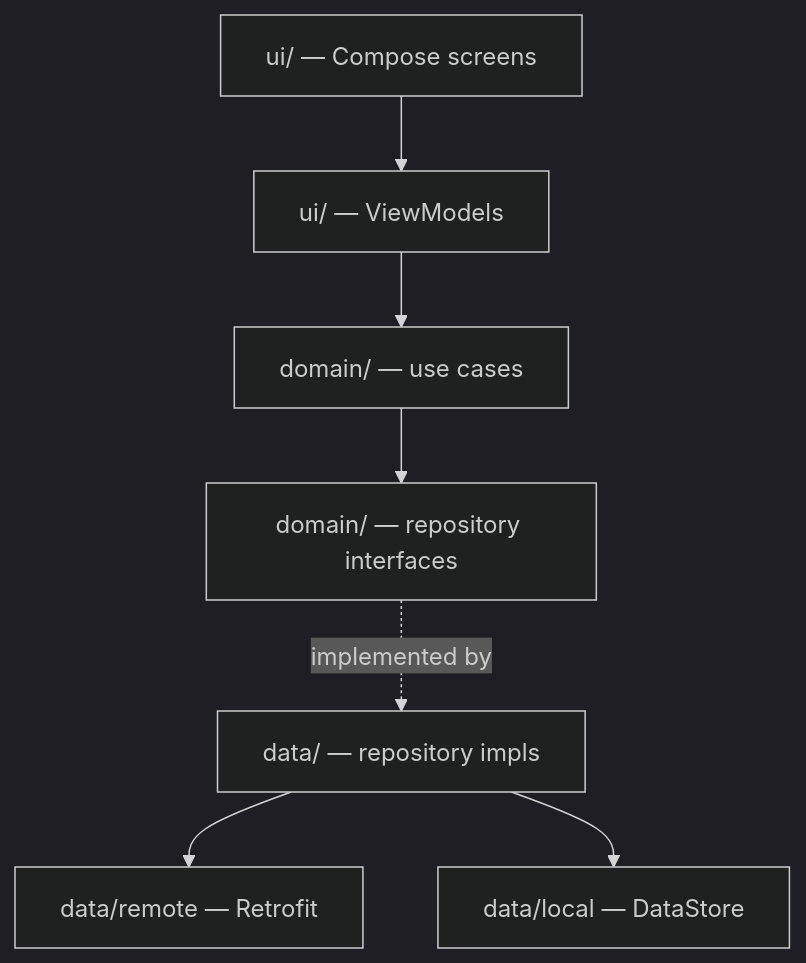
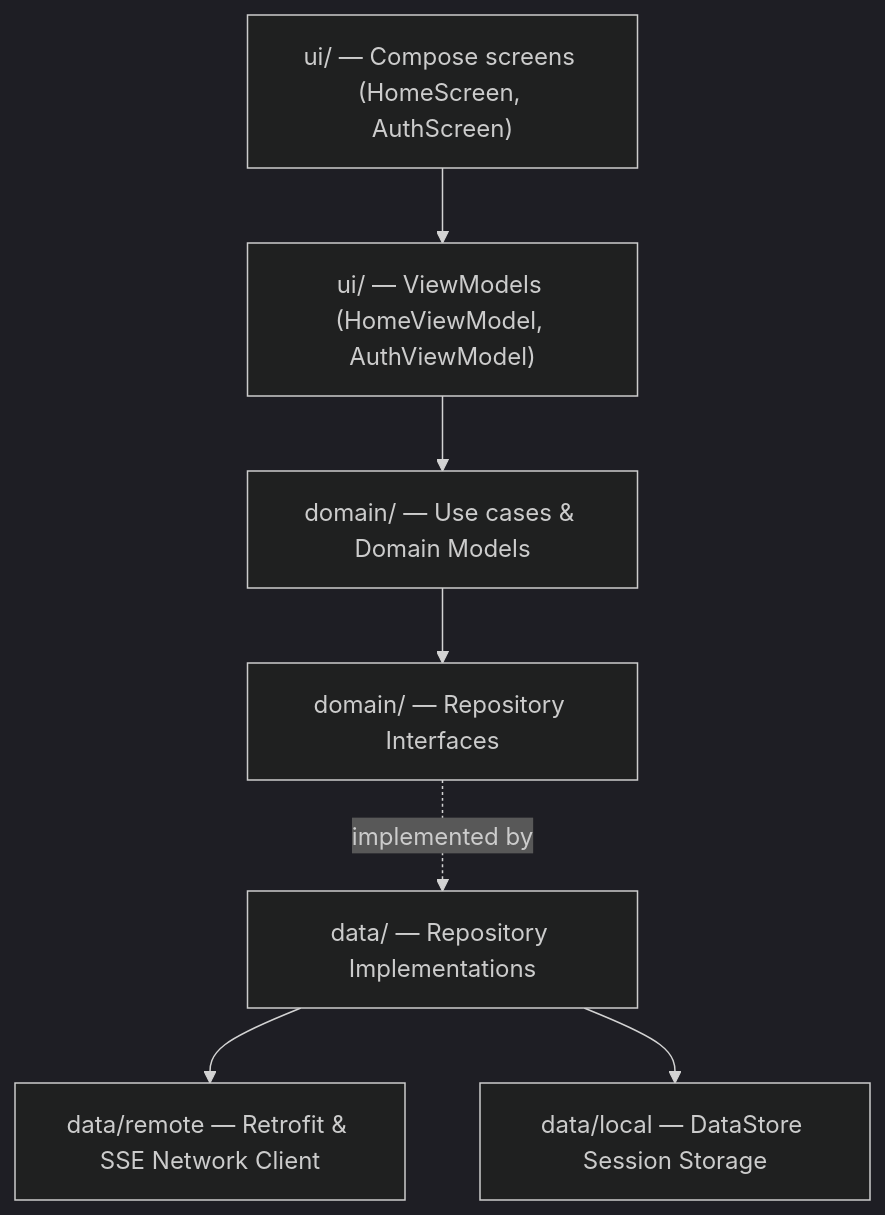
The second of 2 diagrams in docs/ARCHITECTURE.md (S0ra1n0/Cretona), drawn with Mermaid (dark theme) before and after one commit. The commit also changed other lines of this file and 10 other files, not shown here.

Commit message:
docs: consolidate redundant drafts and synchronize docs with current architecture

````diff
--- a/docs/ARCHITECTURE.md
+++ b/docs/ARCHITECTURE.md
@@ -75,9 +87,9 @@
 ```mermaid
 flowchart TD
-    UI["ui/ — Compose screens"] --> VM["ui/ — ViewModels"]
-    VM --> UC["domain/ — use cases"]
-    UC --> R["domain/ — repository interfaces"]
-    R -.implemented by.-> RI["data/ — repository impls"]
-    RI --> RS["data/remote — Retrofit"]
-    RI --> LS["data/local — DataStore"]
+    UI["ui/ — Compose screens (HomeScreen, AuthScreen)"] --> VM["ui/ — ViewModels (HomeViewModel, AuthViewModel)"]
+    VM --> UC["domain/ — Use cases & Domain Models"]
+    UC --> R["domain/ — Repository Interfaces"]
+    R -.implemented by.-> RI["data/ — Repository Implementations"]
+    RI --> RS["data/remote — Retrofit & SSE Network Client"]
+    RI --> LS["data/local — DataStore Session Storage"]
 ```
````
